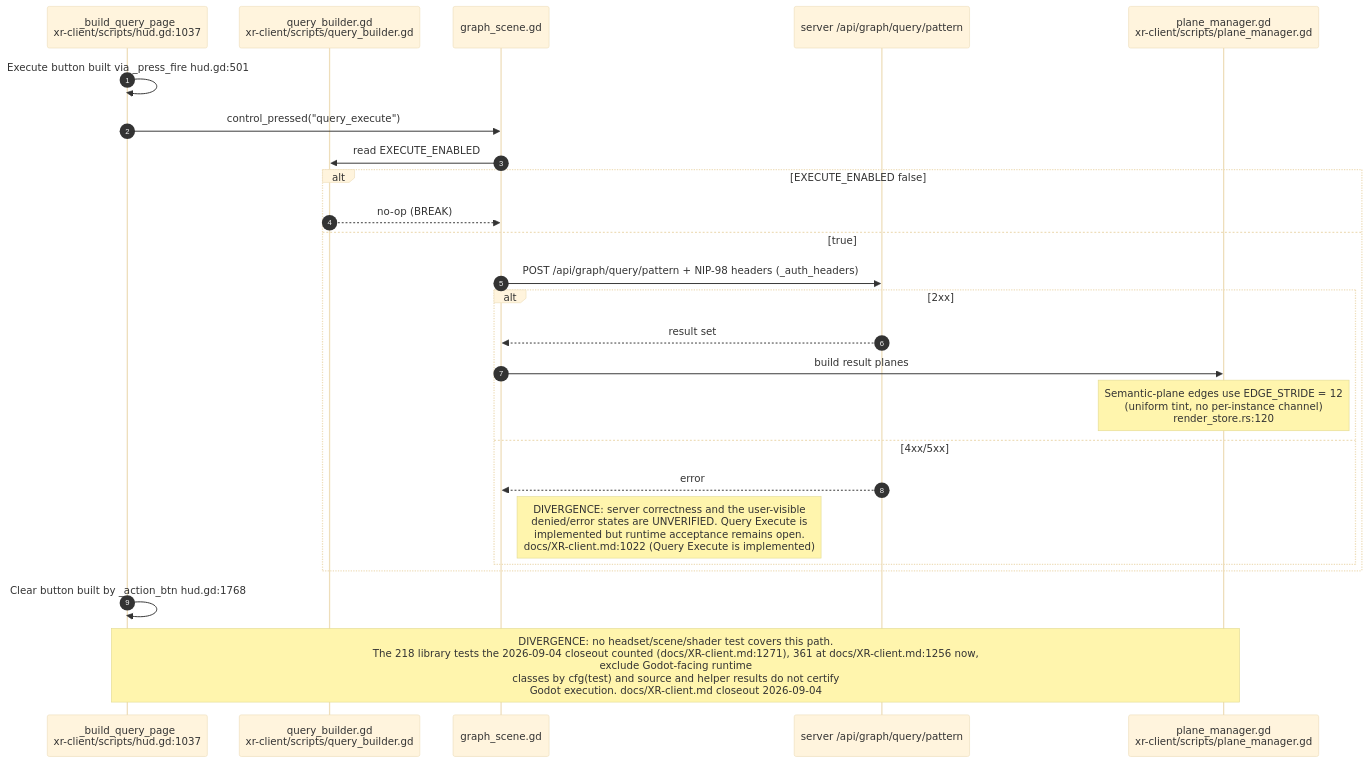
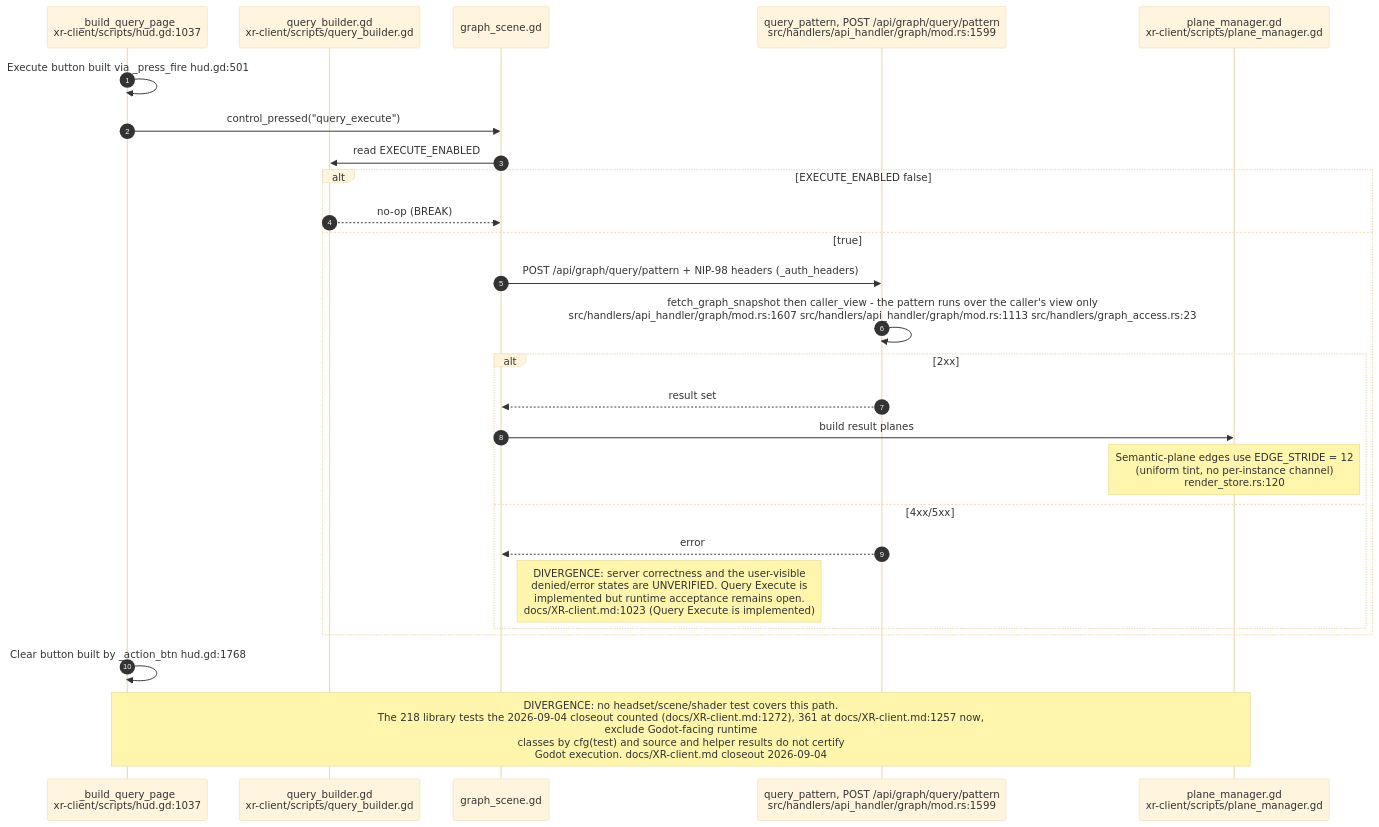
One commit to DreamLab-AI/VisionFlow changed diagram 17 of 30 in docs/diagrams/visionclaw/36-godot-xr-client.md. Above: the diagram before and after it, drawn with Mermaid (base theme). The commit also changed other lines of this file and 46 other files, not shown here.

Commit message:
docs(diagrams): re-verify VisionClaw topics at 809a859aa/a950f4d80 after the consolidation pass

````diff
--- a/docs/diagrams/visionclaw/36-godot-xr-client.md
+++ b/docs/diagrams/visionclaw/36-godot-xr-client.md
@@ -931,28 +945,29 @@
 ```mermaid
 sequenceDiagram
     autonumber
     participant HD as _build_query_page<br/>xr-client/scripts/hud.gd:1037
     participant QB as query_builder.gd<br/>xr-client/scripts/query_builder.gd
     participant GS as graph_scene.gd
-    participant SV as server /api/graph/query/pattern
+    participant SV as query_pattern, POST /api/graph/query/pattern<br/>src/handlers/api_handler/graph/mod.rs:1599
     participant PM as plane_manager.gd<br/>xr-client/scripts/plane_manager.gd
 
     HD->>HD: Execute button built via _press_fire hud.gd:501
     HD->>GS: control_pressed("query_execute")
     GS->>QB: read EXECUTE_ENABLED
     alt EXECUTE_ENABLED false
         QB-->>GS: no-op (BREAK)
     else true
         GS->>SV: POST /api/graph/query/pattern + NIP-98 headers (_auth_headers)
+        SV->>SV: fetch_graph_snapshot then caller_view - the pattern runs over the caller's view only<br/>src/handlers/api_handler/graph/mod.rs:1607 src/handlers/api_handler/graph/mod.rs:1113 src/handlers/graph_access.rs:23
         alt 2xx
             SV-->>GS: result set
             GS->>PM: build result planes
             Note over PM: Semantic-plane edges use EDGE_STRIDE = 12<br/>(uniform tint, no per-instance channel)<br/>render_store.rs:120
         else 4xx/5xx
             SV-->>GS: error
-            Note right of GS: DIVERGENCE: server correctness and the user-visible<br/>denied/error states are UNVERIFIED. Query Execute is<br/>implemented but runtime acceptance remains open.<br/>docs/XR-client.md:1022 (Query Execute is implemented)
+            Note right of GS: DIVERGENCE: server correctness and the user-visible<br/>denied/error states are UNVERIFIED. Query Execute is<br/>implemented but runtime acceptance remains open.<br/>docs/XR-client.md:1023 (Query Execute is implemented)
         end
     end
     HD->>HD: Clear button built by _action_btn hud.gd:1768
-    Note over HD,PM: DIVERGENCE: no headset/scene/shader test covers this path.<br/>The 218 library tests the 2026-09-04 closeout counted (docs/XR-client.md:1271), 361 at docs/XR-client.md:1256 now,<br/>exclude Godot-facing runtime<br/>classes by cfg(test) and source and helper results do not certify<br/>Godot execution. docs/XR-client.md closeout 2026-09-04
+    Note over HD,PM: DIVERGENCE: no headset/scene/shader test covers this path.<br/>The 218 library tests the 2026-09-04 closeout counted (docs/XR-client.md:1272), 361 at docs/XR-client.md:1257 now,<br/>exclude Godot-facing runtime<br/>classes by cfg(test) and source and helper results do not certify<br/>Godot execution. docs/XR-client.md closeout 2026-09-04
 ```
````
